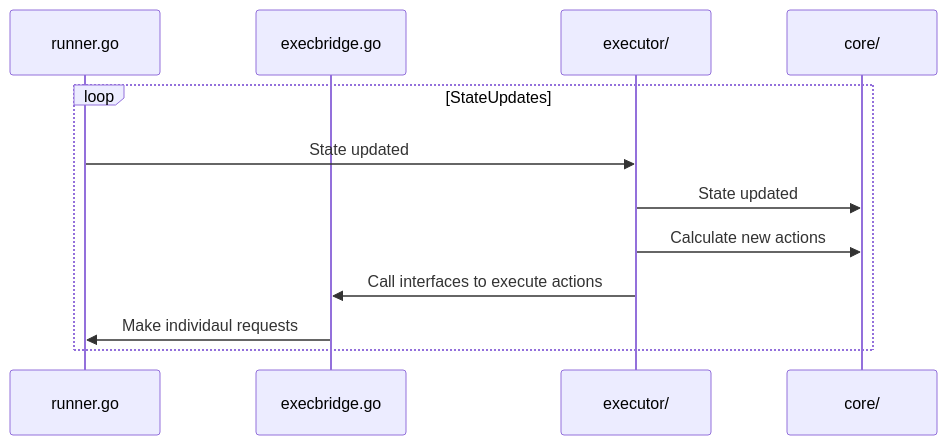
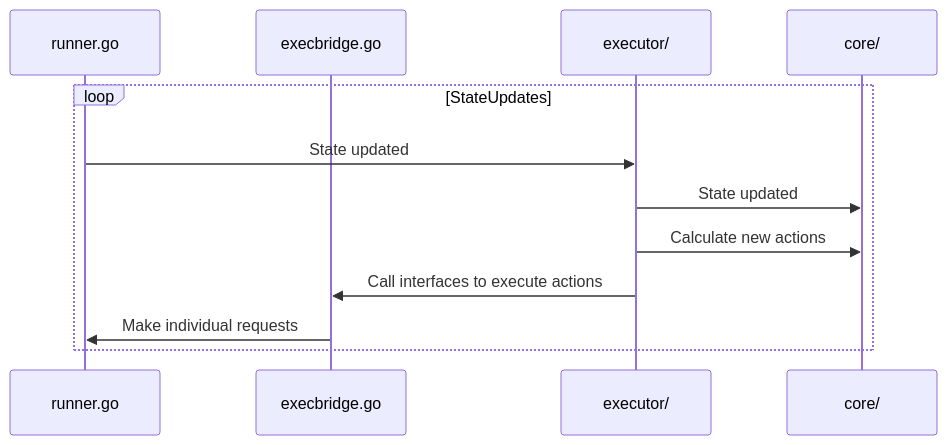
Before and after one commit to neondatabase/autoscaling: the diagram in pkg/agent/ARCHITECTURE.md, drawn with Mermaid. The commit also changed 2 other files, not shown here.

````diff
--- a/pkg/agent/ARCHITECTURE.md
+++ b/pkg/agent/ARCHITECTURE.md
@@ -125,16 +125,16 @@
 ```mermaid
 sequenceDiagram
 
     participant runner.go
     participant execbridge.go
     participant executor/
     participant core/
 
     loop StateUpdates
         runner.go->>executor/: State updated
         executor/->>core/: State updated
         executor/->>core/: Calculate new actions
         executor/->>execbridge.go: Call interfaces to execute actions
-        execbridge.go->>runner.go: Make individaul requests
+        execbridge.go->>runner.go: Make individual requests
     end
 ```
````
